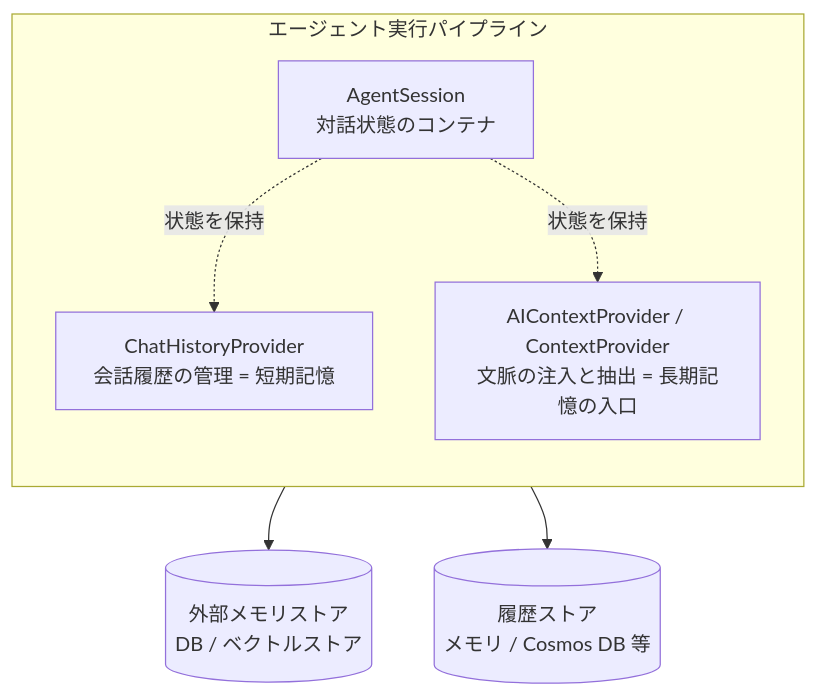
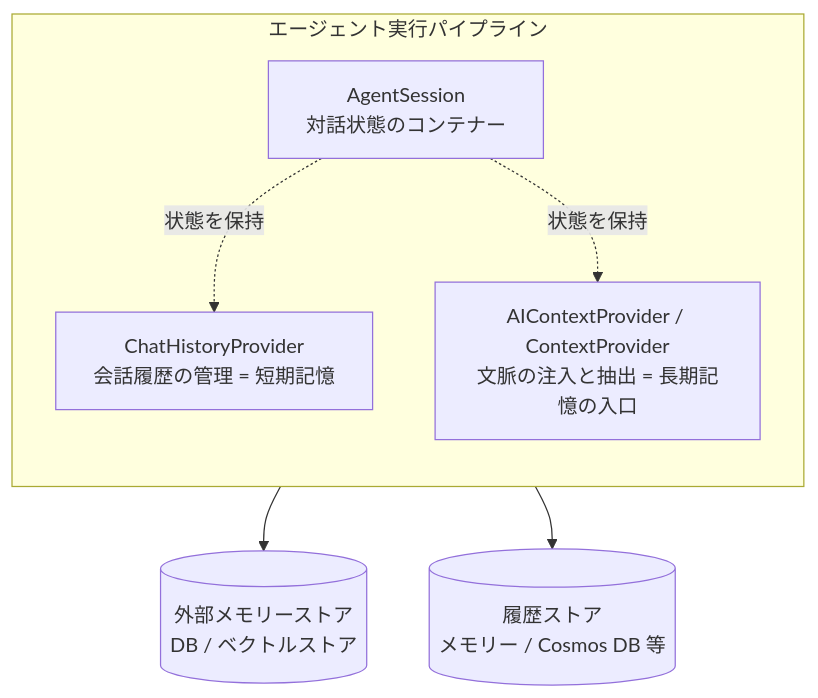
The fourth of 5 diagrams in content/blog/ja/agent-memory.mdx (yoichiozaki/yoichiozaki.github.io), drawn with Mermaid before and after one commit. The commit also changed other lines of this file and 117 other files, not shown here.

````diff
--- a/content/blog/ja/agent-memory.mdx
+++ b/content/blog/ja/agent-memory.mdx
@@ -198,13 +198,13 @@
 ```mermaid
 graph TB
     subgraph Agent[エージェント実行パイプライン]
         direction TB
-        SESSION[AgentSession<br/>対話状態のコンテナ]
+        SESSION[AgentSession<br/>対話状態のコンテナー]
         HIST[ChatHistoryProvider<br/>会話履歴の管理 = 短期記憶]
         CTX[AIContextProvider / ContextProvider<br/>文脈の注入と抽出 = 長期記憶の入口]
     end
     SESSION -.状態を保持.-> HIST
     SESSION -.状態を保持.-> CTX
-    CTX --> STORE[(外部メモリストア<br/>DB / ベクトルストア)]
-    HIST --> STORE2[(履歴ストア<br/>メモリ / Cosmos DB 等)]
+    CTX --> STORE[(外部メモリーストア<br/>DB / ベクトルストア)]
+    HIST --> STORE2[(履歴ストア<br/>メモリー / Cosmos DB 等)]
 ```
````
